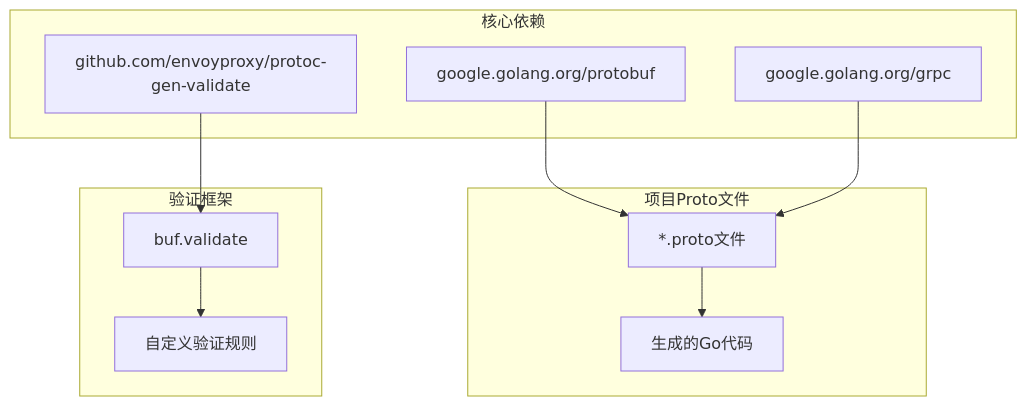
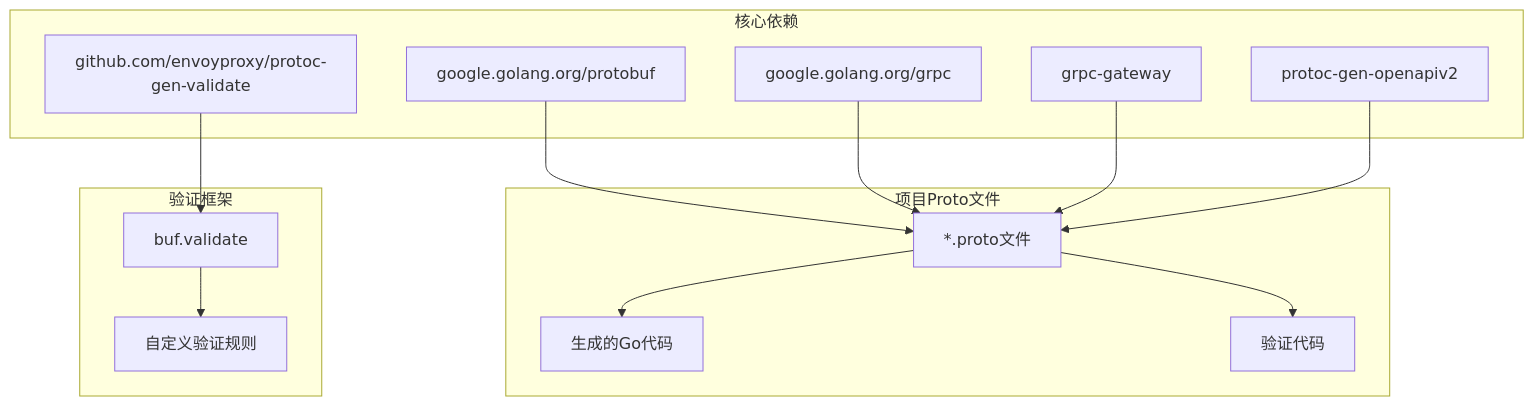
One commit to maomao94/zero-service changed diagram 15 of 17 in .qoder/repowiki/zh/content/系统架构设计/服务通信机制/gRPC高性能RPC通信/Protocol Buffers序列化机制.md. Above: the diagram before and after it, drawn with Mermaid. The commit also changed other lines of this file and 15 other files, not shown here.

````diff
--- a/.qoder/repowiki/zh/content/系统架构设计/服务通信机制/gRPC高性能RPC通信/Protocol Buffers序列化机制.md
+++ b/.qoder/repowiki/zh/content/系统架构设计/服务通信机制/gRPC高性能RPC通信/Protocol Buffers序列化机制.md
@@ -444,21 +802,27 @@
 ```mermaid
 graph TB
 subgraph "核心依赖"
 A[google.golang.org/protobuf]
 B[google.golang.org/grpc]
 C[github.com/envoyproxy/protoc-gen-validate]
+D[grpc-gateway]
+E[protoc-gen-openapiv2]
 end
 subgraph "项目Proto文件"
-D[*.proto文件]
-E[生成的Go代码]
+F[*.proto文件]
+G[生成的Go代码]
+H[验证代码]
 end
 subgraph "验证框架"
-F[buf.validate]
-G[自定义验证规则]
+I[buf.validate]
+J[自定义验证规则]
 end
-A --> D
-B --> D
-C --> F
-D --> E
+A --> F
+B --> F
+C --> I
+D --> F
+E --> F
 F --> G
+F --> H
+I --> J
 ```
````
